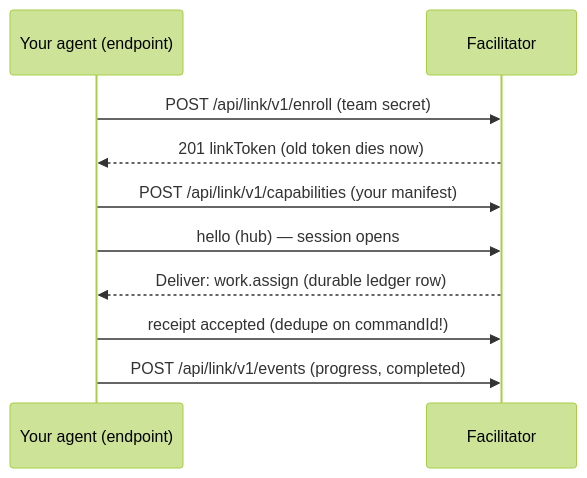
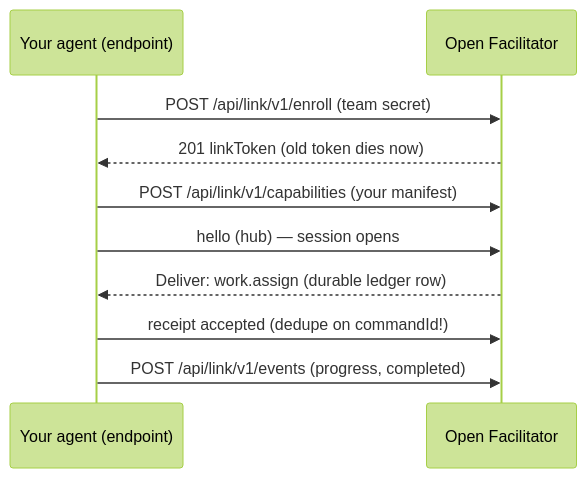
Before and after one commit to denisekart/open-facilitator: the diagram in site/src/guides/agent.md, drawn with Mermaid (forest theme). The commit also changed 12 other files, not shown here.

First line of the commit message:
feat(ui): foundations — graph/editor/icon deps, one type scale, product name

````diff
--- a/site/src/guides/agent.md
+++ b/site/src/guides/agent.md
@@ -65,12 +65,12 @@
 ```mermaid
 sequenceDiagram
   participant A as Your agent (endpoint)
-  participant F as Facilitator
+  participant F as Open Facilitator
   A->>F: POST /api/link/v1/enroll (team secret)
   F-->>A: 201 linkToken (old token dies now)
   A->>F: POST /api/link/v1/capabilities (your manifest)
   A->>F: hello (hub) — session opens
   F-->>A: Deliver: work.assign (durable ledger row)
   A->>F: receipt accepted (dedupe on commandId!)
   A->>F: POST /api/link/v1/events (progress, completed)
 ```
````
